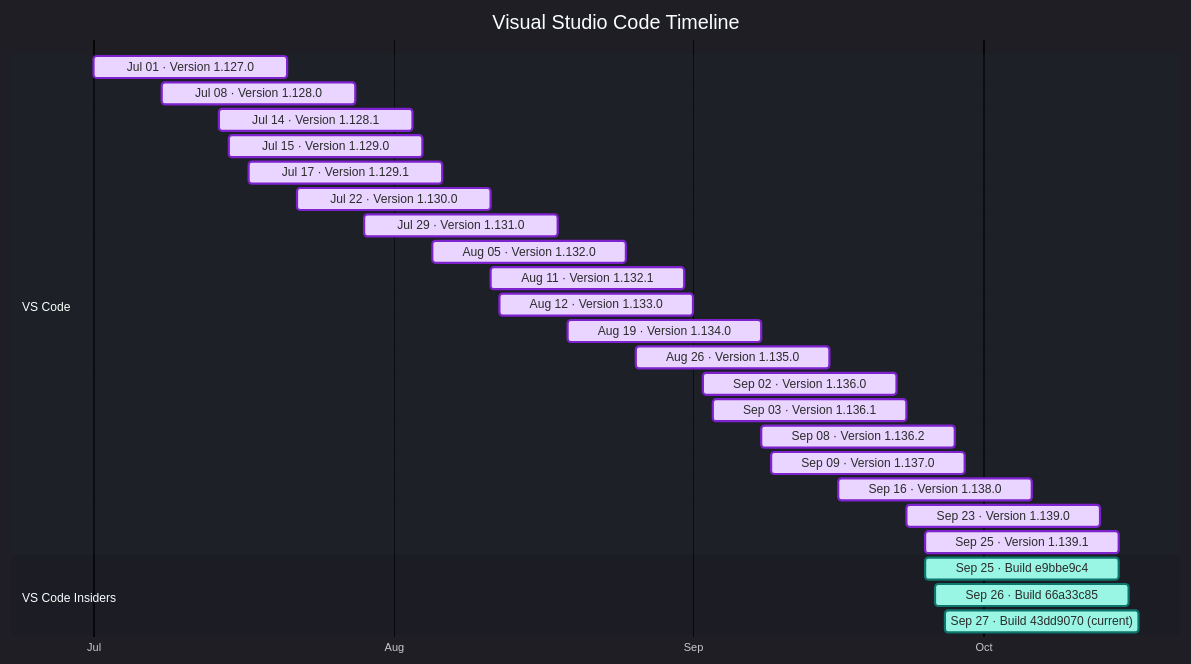
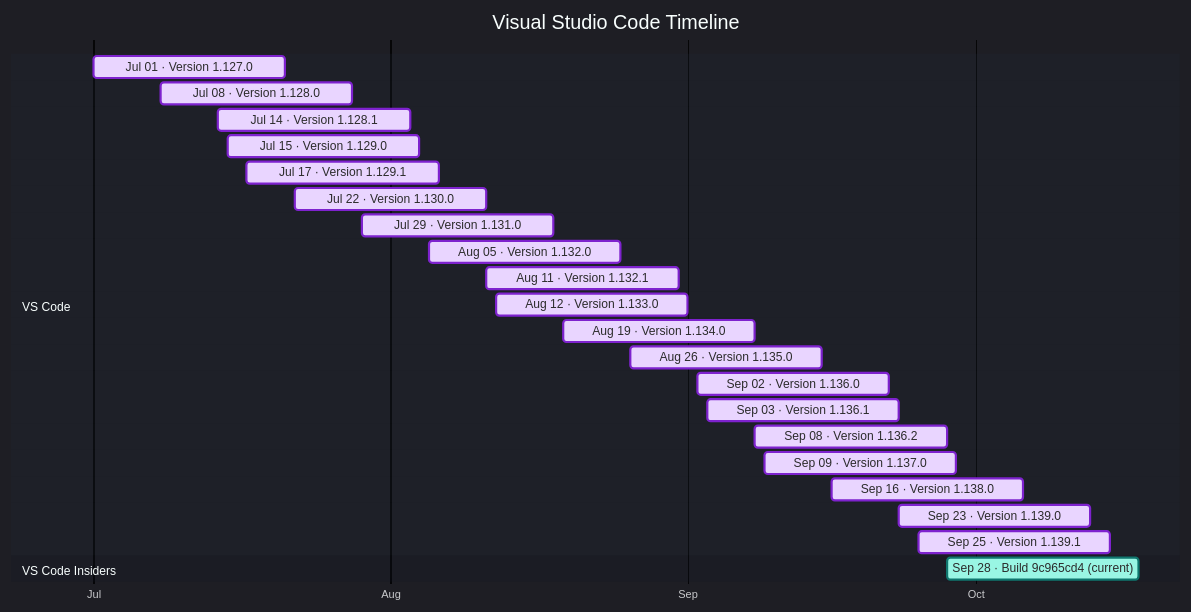
The diagram in docs/vscode.md (Oxelya-DevTools/VisualStudioUpdate), drawn with Mermaid before and after one commit. The commit also changed other lines of this file and 1 other file, not shown here.

````diff
--- a/docs/vscode.md
+++ b/docs/vscode.md
@@ -9,32 +9,30 @@
 ```mermaid
 %%{init: {'theme':'dark','themeVariables': { 'fontFamily': 'Segoe UI', 'fontSize': '24px', 'textColor': '#F3F4F6', 'titleTextColor': '#FFFFFF', 'taskTextColor': '#111827', 'taskTextLightColor': '#111827', 'taskTextOutsideColor': '#F3F4F6', 'taskBkgColor': '#BAE6FD', 'taskBorderColor': '#0369A1', 'doneTaskBkgColor': '#E9D5FF', 'doneTaskBorderColor': '#7E22CE', 'activeTaskBkgColor': '#99F6E4', 'activeTaskBorderColor': '#0F766E', 'critTaskBkgColor': '#FED7AA', 'critTaskBorderColor': '#C2410C', 'sectionBkgColor': '#1F2937', 'altSectionBkgColor': '#111827', 'gridColor': '#4B5563', 'todayLineColor': '#F87171' }}}%%
 gantt
     title Visual Studio Code Timeline
     dateFormat  YYYY-MM-DD
     axisFormat  %b
     tickInterval 1month
     section VS Code
     Jul 01 · Version 1.127.0 : done, vscode202607010, 2026-07-01, 20d
     Jul 08 · Version 1.128.0 : done, vscode202607081, 2026-07-08, 20d
     Jul 14 · Version 1.128.1 : done, vscode202607142, 2026-07-14, 20d
     Jul 15 · Version 1.129.0 : done, vscode202607153, 2026-07-15, 20d
     Jul 17 · Version 1.129.1 : done, vscode202607174, 2026-07-17, 20d
     Jul 22 · Version 1.130.0 : done, vscode202607225, 2026-07-22, 20d
     Jul 29 · Version 1.131.0 : done, vscode202607296, 2026-07-29, 20d
     Aug 05 · Version 1.132.0 : done, vscode202608057, 2026-08-05, 20d
     Aug 11 · Version 1.132.1 : done, vscode202608118, 2026-08-11, 20d
     Aug 12 · Version 1.133.0 : done, vscode202608129, 2026-08-12, 20d
     Aug 19 · Version 1.134.0 : done, vscode2026081910, 2026-08-19, 20d
     Aug 26 · Version 1.135.0 : done, vscode2026082611, 2026-08-26, 20d
     Sep 02 · Version 1.136.0 : done, vscode2026090212, 2026-09-02, 20d
     Sep 03 · Version 1.136.1 : done, vscode2026090313, 2026-09-03, 20d
     Sep 08 · Version 1.136.2 : done, vscode2026090814, 2026-09-08, 20d
     Sep 09 · Version 1.137.0 : done, vscode2026090915, 2026-09-09, 20d
     Sep 16 · Version 1.138.0 : done, vscode2026091616, 2026-09-16, 20d
     Sep 23 · Version 1.139.0 : done, vscode2026092317, 2026-09-23, 20d
     Sep 25 · Version 1.139.1 : done, vscode2026092518, 2026-09-25, 20d
     section VS Code Insiders
-    Sep 25 · Build e9bbe9c4 : active, vscodeinsiders202609250, 2026-09-25, 20d
-    Sep 26 · Build 66a33c85 : active, vscodeinsiders202609261, 2026-09-26, 20d
-    Sep 27 · Build 43dd9070 (current) : active, vscodeinsiders202609272, 2026-09-27, 20d
+    Sep 28 · Build 9c965cd4 (current) : active, vscodeinsiders202609280, 2026-09-28, 20d
 ```
````
